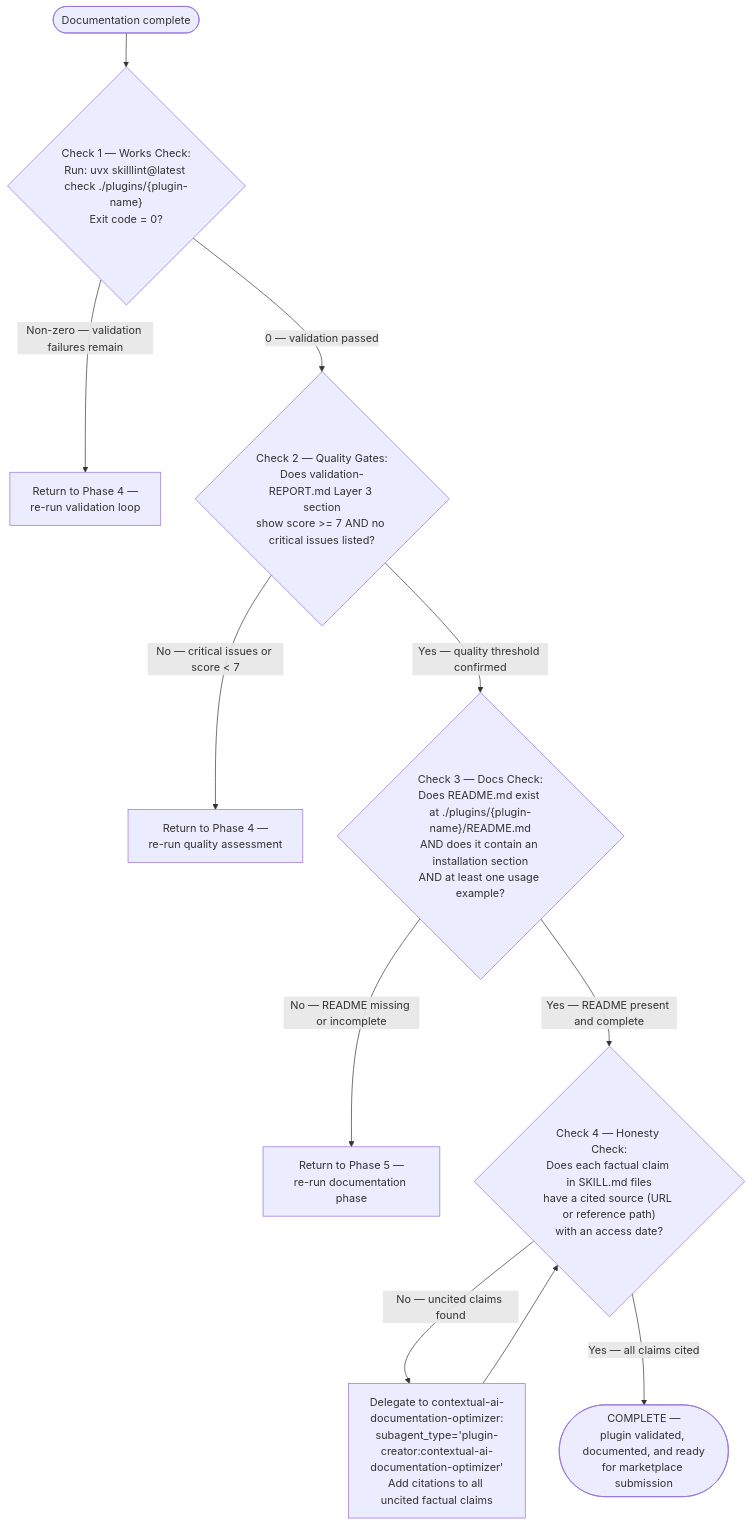
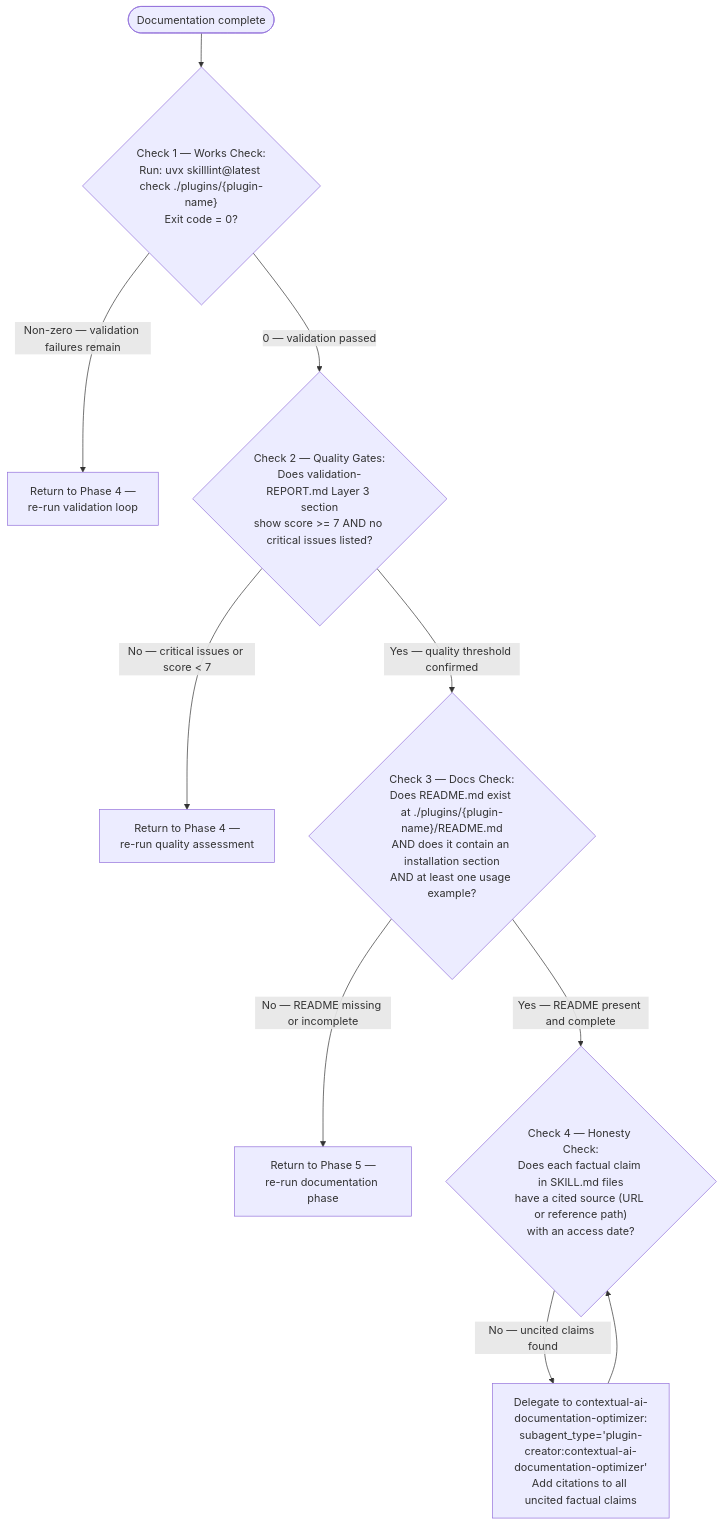
One commit to chgreer1070/claude_skills changed the ninth of 12 diagrams in plugins/plugin-creator/skills/plugin-creator/references/workflow-diagram.md. Above: the diagram before and after it, drawn with Mermaid. The commit also changed other lines of this file and 15 other files, not shown here.

First line of the commit message:
docs(plugin-creator,the-rewrite-room,development-harness): add routing notes to all contextual-ai-documentation-optimizer references

````diff
--- a/plugins/plugin-creator/skills/plugin-creator/references/workflow-diagram.md
+++ b/plugins/plugin-creator/skills/plugin-creator/references/workflow-diagram.md
@@ -209,21 +209,19 @@
 ```mermaid
 flowchart TD
     Start(["Documentation complete"]) --> Check1{"Check 1 — Works Check:<br>Run: uvx skilllint@latest check ./plugins/{plugin-name}<br>Exit code = 0?"}
 
     Check1 -->|"Non-zero — validation failures remain"| Fix1["Return to Phase 4 —<br>re-run validation loop"]
 
     Check1 -->|"0 — validation passed"| Check2{"Check 2 — Quality Gates:<br>Does validation-REPORT.md Layer 3 section<br>show score >= 7 AND no critical issues listed?"}
 
     Check2 -->|"No — critical issues or score < 7"| Fix2["Return to Phase 4 —<br>re-run quality assessment"]
 
     Check2 -->|"Yes — quality threshold confirmed"| Check3{"Check 3 — Docs Check:<br>Does README.md exist at ./plugins/{plugin-name}/README.md<br>AND does it contain an installation section<br>AND at least one usage example?"}
 
     Check3 -->|"No — README missing or incomplete"| Fix3["Return to Phase 5 —<br>re-run documentation phase"]
 
     Check3 -->|"Yes — README present and complete"| Check4{"Check 4 — Honesty Check:<br>Does each factual claim in SKILL.md files<br>have a cited source (URL or reference path)<br>with an access date?"}
 
     Check4 -->|"No — uncited claims found"| Fix4["Delegate to contextual-ai-documentation-optimizer:<br>subagent_type='plugin-creator:contextual-ai-documentation-optimizer'<br>Add citations to all uncited factual claims"]
     Fix4 --> Check4
-
-    Check4 -->|"Yes — all claims cited"| Complete(["COMPLETE —<br>plugin validated, documented, and ready<br>for marketplace submission"])
 ```
````
